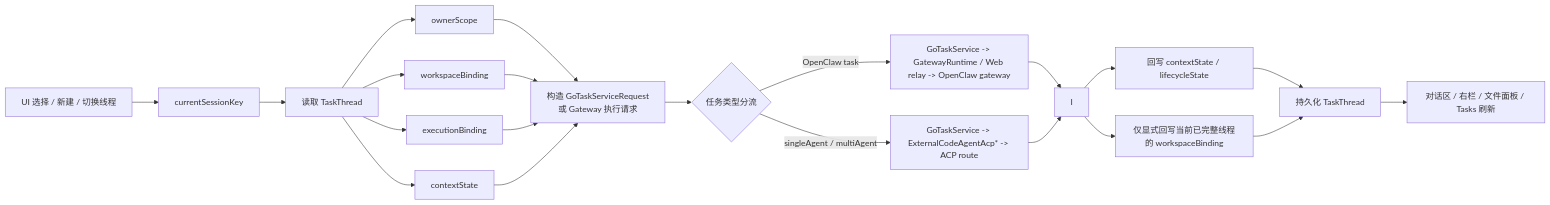
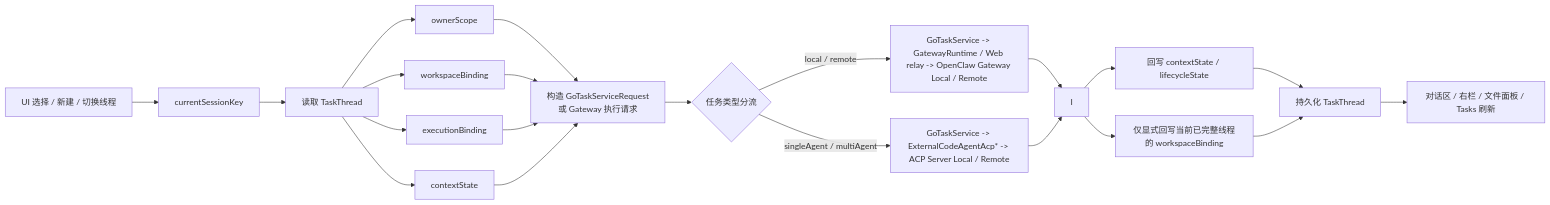
One commit to ai-workspace-lab/xworkmate-app changed the second of 2 diagrams in docs/architecture/xworkmate-layered-architecture.md. Above: the diagram before and after it, drawn with Mermaid. The commit also changed other lines of this file and 47 other files, not shown here.

````diff
--- a/docs/architecture/xworkmate-layered-architecture.md
+++ b/docs/architecture/xworkmate-layered-architecture.md
@@ -302,29 +302,29 @@
 ```mermaid
 flowchart LR
     A["UI 选择 / 新建 / 切换线程"] --> B["currentSessionKey"]
     B --> C["读取 TaskThread"]
 
     C --> C1["ownerScope"]
     C --> C2["workspaceBinding"]
     C --> C3["executionBinding"]
     C --> C4["contextState"]
 
     C1 --> D["构造 GoTaskServiceRequest<br/>或 Gateway 执行请求"]
     C2 --> D
     C3 --> D
     C4 --> D
 
     D --> E{"任务类型分流"}
-    E -->|OpenClaw task| G["GoTaskService -> GatewayRuntime / Web relay -> OpenClaw gateway"]
-    E -->|singleAgent / multiAgent| H["GoTaskService -> ExternalCodeAgentAcp* -> ACP route"]
+    E -->|local / remote| G["GoTaskService -> GatewayRuntime / Web relay -> OpenClaw Gateway Local / Remote"]
+    E -->|singleAgent / multiAgent| H["GoTaskService -> ExternalCodeAgentAcp* -> ACP Server Local / Remote"]
 
     G --> I
     H --> I
 
     I --> J["回写 contextState / lifecycleState"]
     I --> K["仅显式回写当前已完整线程的 workspaceBinding"]
 
     J --> L["持久化 TaskThread"]
     K --> L
     L --> M["对话区 / 右栏 / 文件面板 / Tasks 刷新"]
 ```
````
